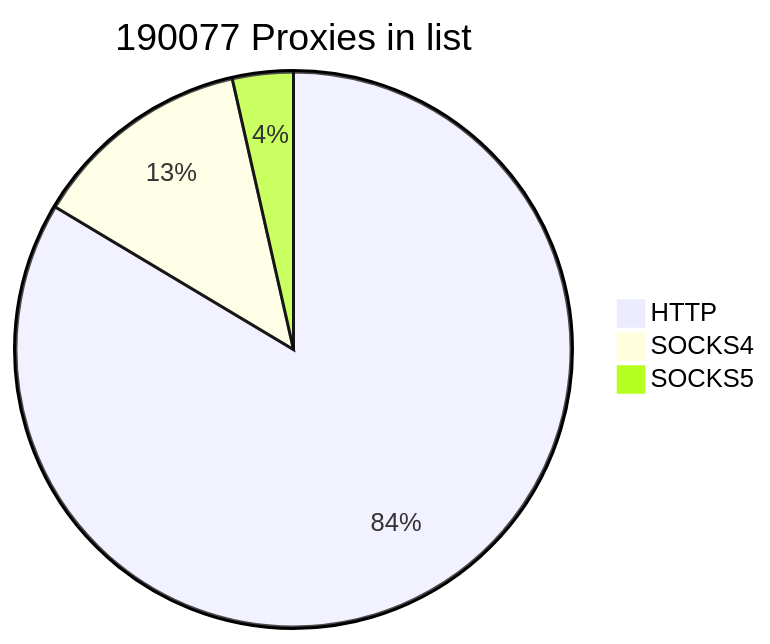
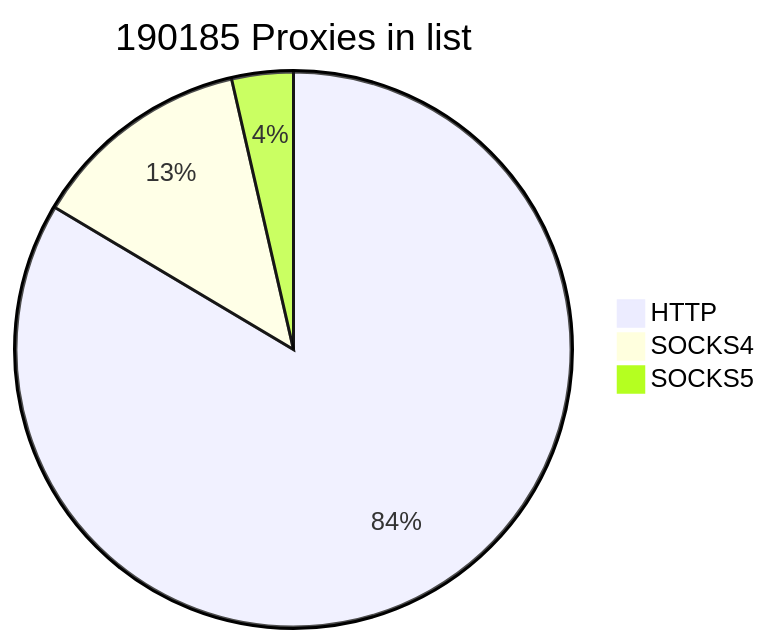
Before and after one commit to cutipu/proxylist: the first of 2 diagrams in README.md, drawn with Mermaid. The commit also changed other lines of this file, not shown here.

````diff
--- a/README.md
+++ b/README.md
@@ -2,7 +2,7 @@
 ```mermaid
-pie title 190077 Proxies in list
-    "HTTP" : 158872
+pie title 190185 Proxies in list
+    "HTTP" : 158898
     "SOCKS4" : 24475
-    "SOCKS5" : 6730
+    "SOCKS5" : 6812
             
 ```
````
